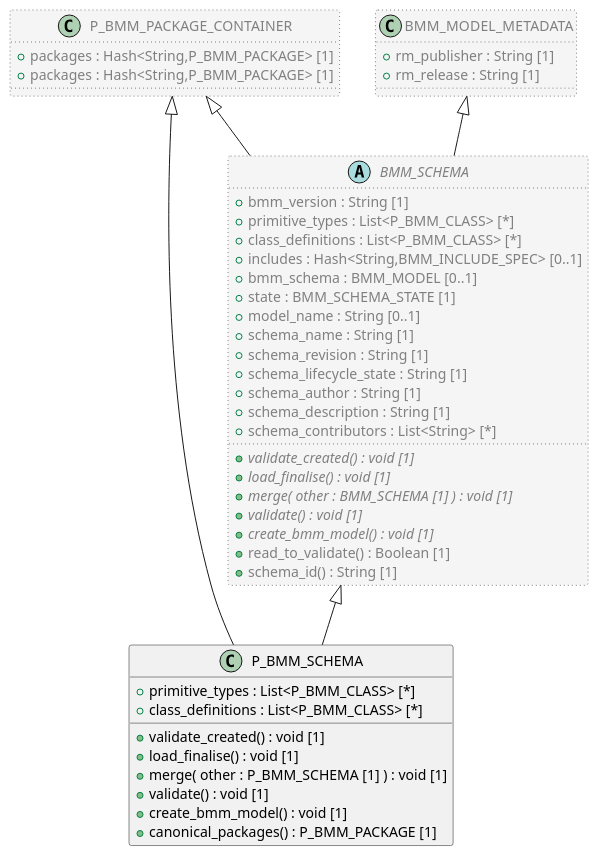
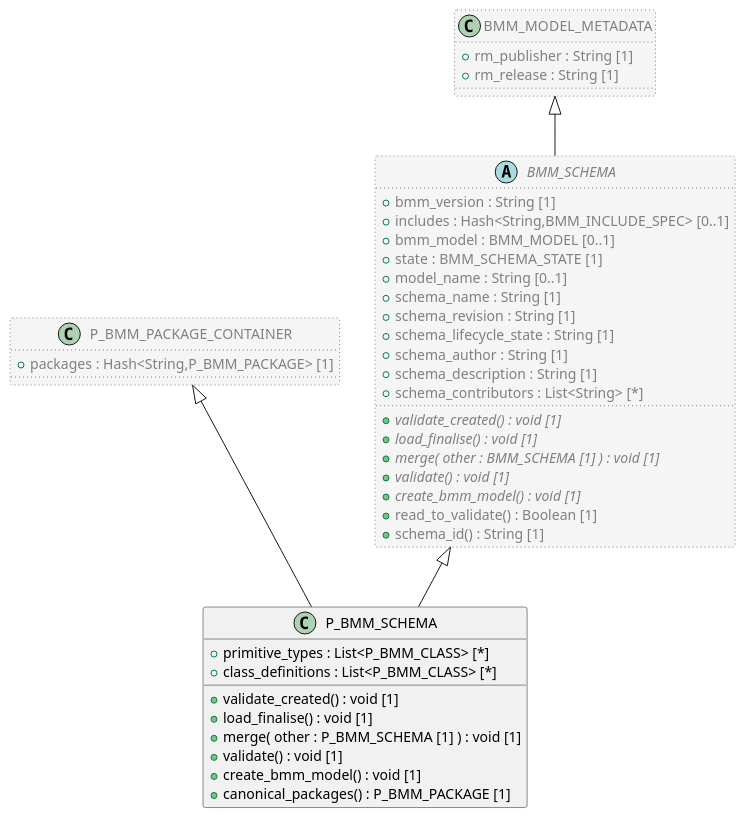
The diagram in code/Adoc/openehr_lang_1.1.0/plantUML/classes/org.openehr.lang.bmm_persistence.p_bmm_schema.adoc (sebastian-iancu/code-generator), drawn with PlantUML before and after one commit. The commit also changed 719 other files, not shown here.

```diff
--- a/code/Adoc/openehr_lang_1.1.0/plantUML/classes/org.openehr.lang.bmm_persistence.p_bmm_schema.adoc
+++ b/code/Adoc/openehr_lang_1.1.0/plantUML/classes/org.openehr.lang.bmm_persistence.p_bmm_schema.adoc
@@ -1,62 +1,54 @@
 [plantuml,P_BMM_SCHEMA,format=svg,svg-type="inline"]
 -----
 @startuml
 
 class P_BMM_SCHEMA {
   + primitive_types : List<P_BMM_CLASS> [*]
   + class_definitions : List<P_BMM_CLASS> [*]
   + validate_created() : void [1]
   + load_finalise() : void [1]
   + merge( other : P_BMM_SCHEMA [1] ) : void [1]
   + validate() : void [1]
   + create_bmm_model() : void [1]
   + canonical_packages() : P_BMM_PACKAGE [1]
 }
 
 class P_BMM_PACKAGE_CONTAINER  #whitesmoke;line:gray;line.dotted;text:gray {
   + packages : Hash<String,P_BMM_PACKAGE> [1]
 }
 
 P_BMM_PACKAGE_CONTAINER <|-- P_BMM_SCHEMA
 
 abstract class BMM_SCHEMA  #whitesmoke;line:gray;line.dotted;text:gray {
   + bmm_version : String [1]
-  + primitive_types : List<P_BMM_CLASS> [*]
-  + class_definitions : List<P_BMM_CLASS> [*]
   + includes : Hash<String,BMM_INCLUDE_SPEC> [0..1]
-  + bmm_schema : BMM_MODEL [0..1]
+  + bmm_model : BMM_MODEL [0..1]
   + state : BMM_SCHEMA_STATE [1]
   + model_name : String [0..1]
   + schema_name : String [1]
   + schema_revision : String [1]
   + schema_lifecycle_state : String [1]
   + schema_author : String [1]
   + schema_description : String [1]
   + schema_contributors : List<String> [*]
   + {abstract} validate_created() : void [1]
   + {abstract} load_finalise() : void [1]
   + {abstract} merge( other : BMM_SCHEMA [1] ) : void [1]
   + {abstract} validate() : void [1]
   + {abstract} create_bmm_model() : void [1]
   + read_to_validate() : Boolean [1]
   + schema_id() : String [1]
 }
 
-class P_BMM_PACKAGE_CONTAINER  #whitesmoke;line:gray;line.dotted;text:gray {
-  + packages : Hash<String,P_BMM_PACKAGE> [1]
-}
-
-P_BMM_PACKAGE_CONTAINER <|-- BMM_SCHEMA
-
 class BMM_MODEL_METADATA  #whitesmoke;line:gray;line.dotted;text:gray {
   + rm_publisher : String [1]
   + rm_release : String [1]
 }
 
 BMM_MODEL_METADATA <|-- BMM_SCHEMA
 
 BMM_SCHEMA <|-- P_BMM_SCHEMA
 
 
 @enduml
 -----
```
